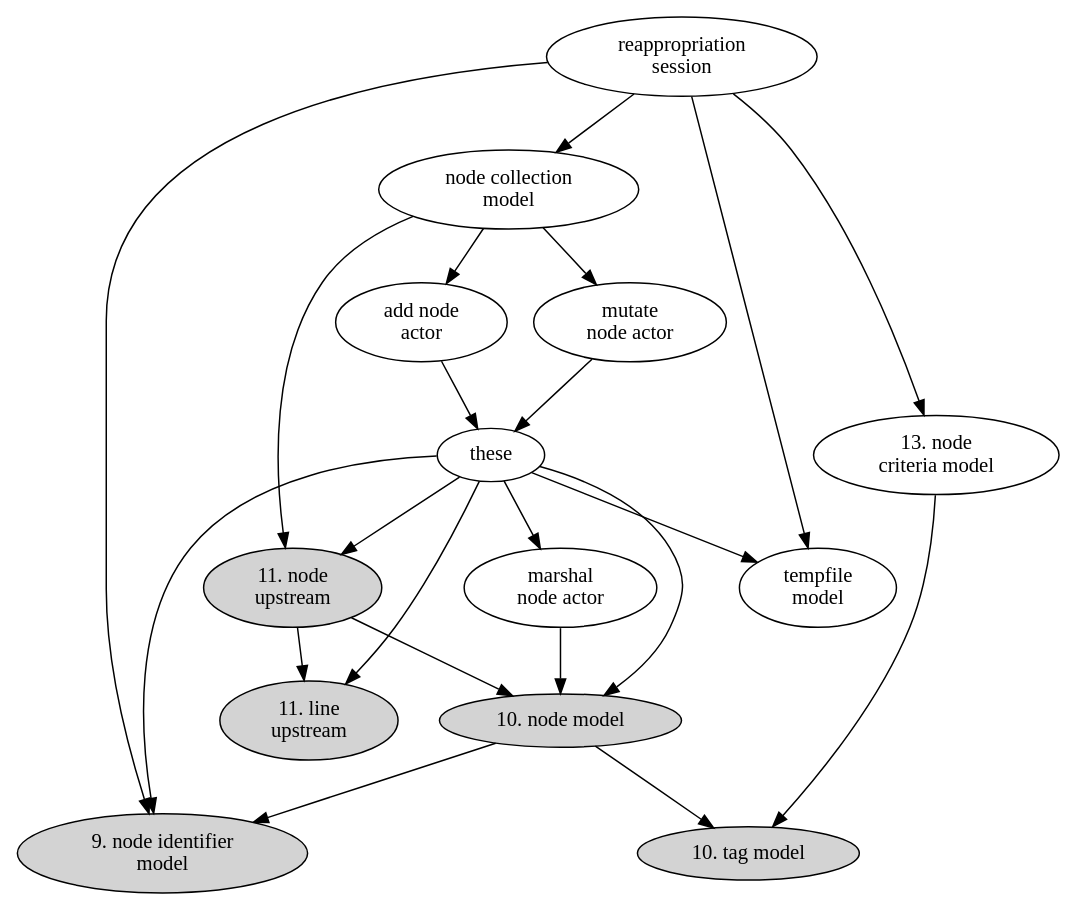
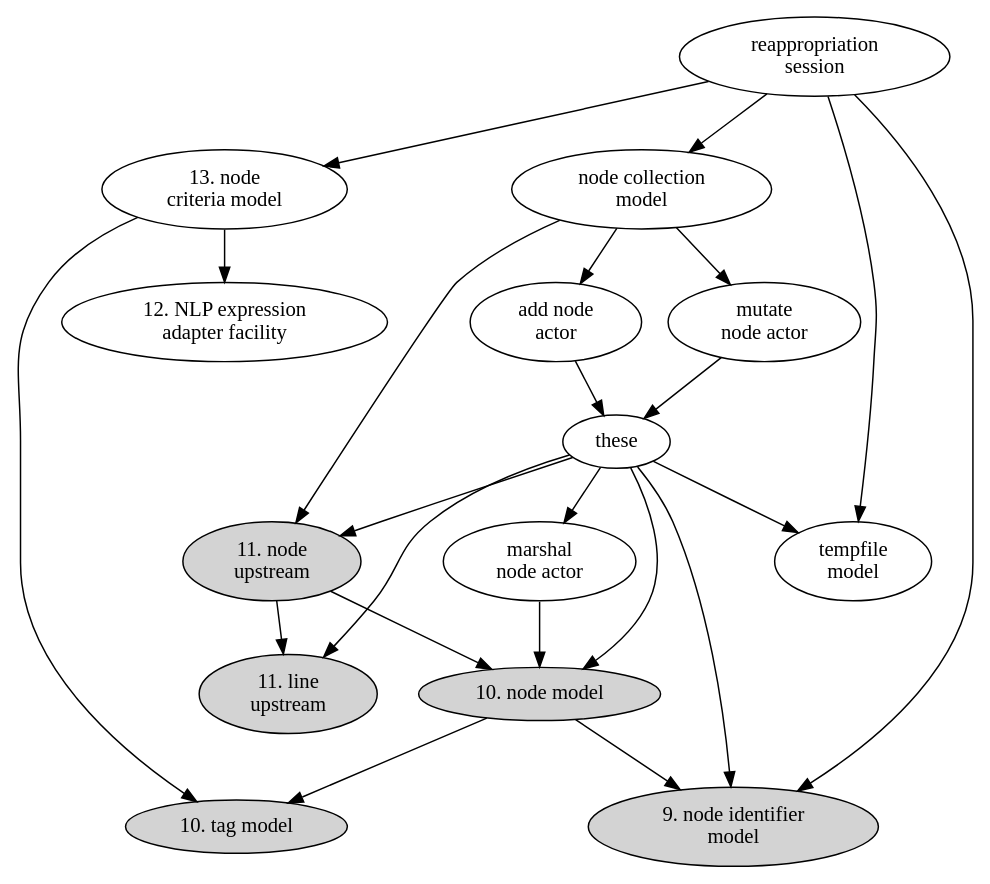
Before and after one commit to hipe/tmx: the diagram in lib/skylab/snag/doc/issues/038/component-digraph.dot, drawn with Graphviz. The commit also changed 23 other files, not shown here.

```diff
--- a/lib/skylab/snag/doc/issues/038/component-digraph.dot
+++ b/lib/skylab/snag/doc/issues/038/component-digraph.dot
@@ -1,64 +1,66 @@
 digraph {
 
   add_node_actor [label="add node\nactor"]
   criteria_model [label="13. node\ncriteria model"]
   line_upstream [label="11. line\nupstream" style=filled]
   marshal_node_actor [label="marshal\nnode actor"]
   mutate_node_actor [label="mutate\nnode actor"]
+  NLP_experiment [label="12. NLP expression\nadapter facility" ]
   node_collection_model [label="node collection\nmodel"]
   node_identifier_model [label="9. node identifier\nmodel" style=filled]
   node_model [label="10. node model" style=filled]
   node_upstream [label="11. node\nupstream" style=filled]
   reappropriation_session [label="reappropriation\nsession"]
   tag_model [label="10. tag model" style=filled]
   tempfile_model [label="tempfile\nmodel"]
 
 
   reappropriation_session -> node_collection_model
 
   node_collection_model -> node_upstream
   node_upstream -> line_upstream
   node_upstream -> node_model
 
   reappropriation_session -> criteria_model
   reappropriation_session -> node_identifier_model
   reappropriation_session -> tempfile_model
 
   criteria_model -> tag_model
+  criteria_model -> NLP_experiment
 
   node_collection_model -> mutate_node_actor
   node_collection_model -> add_node_actor
 
   mutate_node_actor -> these
   add_node_actor -> these
 
   these -> node_identifier_model
   these -> line_upstream
   these -> marshal_node_actor
   these -> node_upstream
   these -> node_model
   these -> tempfile_model
 
   node_model -> node_identifier_model
   node_model -> tag_model
   marshal_node_actor -> node_model
 
 /*
 ([sg] G.U CLI 1/3 [po] 1/2 [sg] 1/N deletes)
 ([sg]   /N renames)
 ([sg]   /N wippify all tests except "loads"
 ([sg]   /N API ping spec
 ([sg]   /N CLI integration (top)
 ([sg]   /N date spec
 ([sg]  7/N todo spec
 ([sg]  8/N todo's stream (back)
 ([sg]  9/N todo's stream (front)
 [ .. the above graph data .. ]
 ([sg]   /N universal stream visual test
 ([sg]   /N todo melt
 ([sg]   /N digraph spec (make one)
 ([sg]   /N find all
 */
 
 
 }
```
